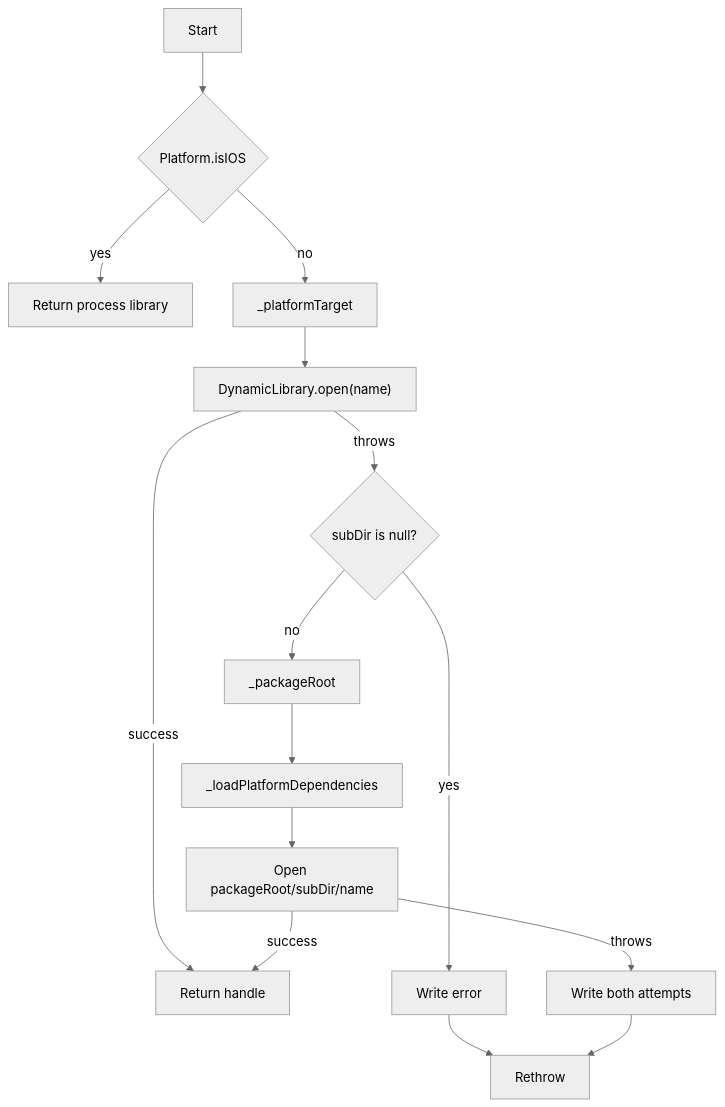
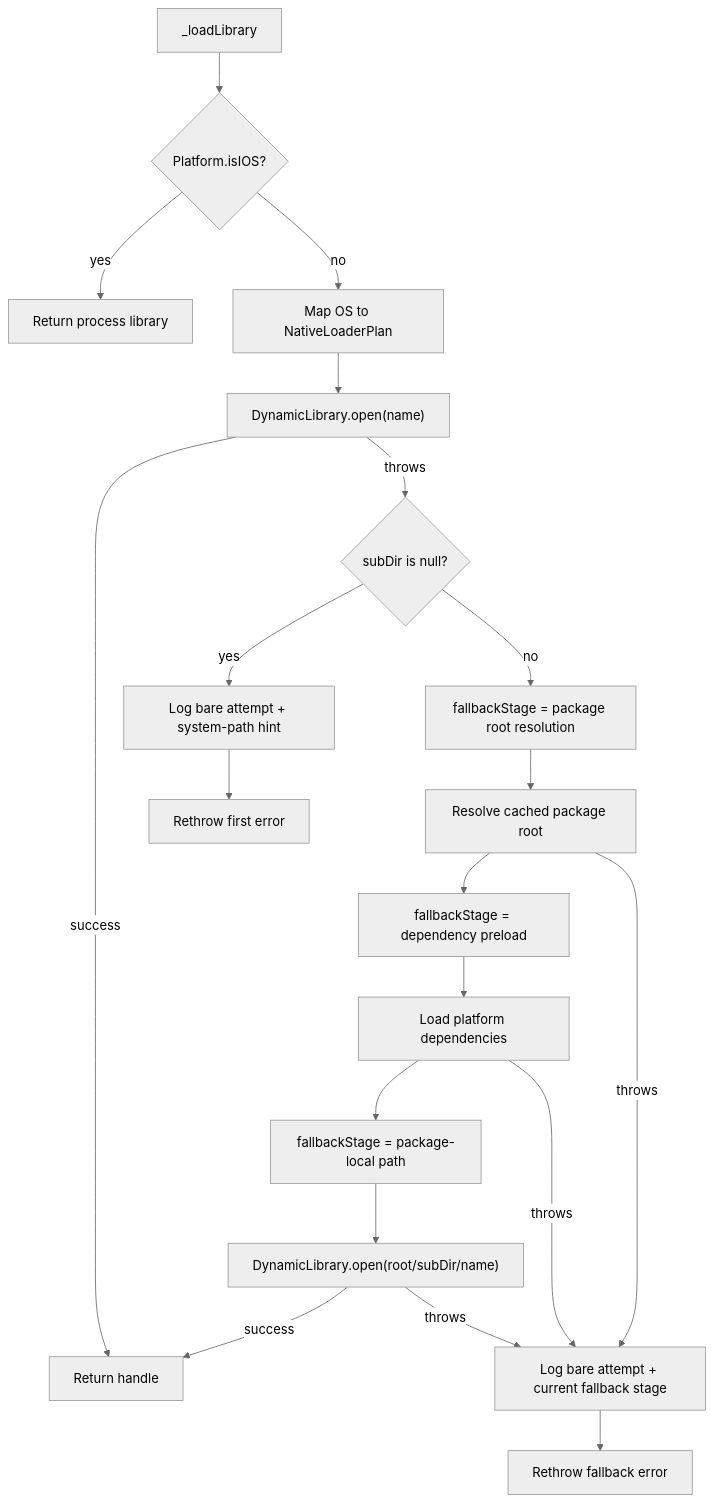
Before and after one commit to DartGit-dev/git2dart_binaries: the diagram in .reversa/_reversa_sdd/flowcharts/native-loader-lifecycle-load-library.md, drawn with Mermaid (neutral theme). The commit also changed other lines of this file and 250 other files, not shown here.

````diff
--- a/.reversa/_reversa_sdd/flowcharts/native-loader-lifecycle-load-library.md
+++ b/.reversa/_reversa_sdd/flowcharts/native-loader-lifecycle-load-library.md
@@ -3,15 +3,21 @@
 ```mermaid
 flowchart TD
-  Start --> IOS{"Platform.isIOS"}
+  Start["_loadLibrary"] --> IOS{"Platform.isIOS?"}
   IOS -- yes --> Process["Return process library"]
-  IOS -- no --> Platform["_platformTarget"]
+  IOS -- no --> Platform["Map OS to NativeLoaderPlan"]
   Platform --> Open1["DynamicLibrary.open(name)"]
   Open1 -->|success| Return["Return handle"]
   Open1 -->|throws| Subdir{"subDir is null?"}
-  Subdir -- yes --> Log1["Write error"] --> Throw["Rethrow"]
-  Subdir -- no --> Resolve["_packageRoot"]
-  Resolve --> Preload["_loadPlatformDependencies"]
-  Preload --> Open2["Open packageRoot/subDir/name"]
+  Subdir -- yes --> Log1["Log bare attempt + system-path hint"] --> ThrowFirst["Rethrow first error"]
+  Subdir -- no --> StageRoot["fallbackStage = package root resolution"]
+  StageRoot --> Resolve["Resolve cached package root"]
+  Resolve --> StageDeps["fallbackStage = dependency preload"]
+  StageDeps --> Preload["Load platform dependencies"]
+  Preload --> StagePath["fallbackStage = package-local path"]
+  StagePath --> Open2["DynamicLibrary.open(root/subDir/name)"]
   Open2 -->|success| Return
-  Open2 -->|throws| Log2["Write both attempts"] --> Throw
+  Resolve -->|throws| Log2["Log bare attempt + current fallback stage"]
+  Preload -->|throws| Log2
+  Open2 -->|throws| Log2
+  Log2 --> ThrowFallback["Rethrow fallback error"]
 ```
````
